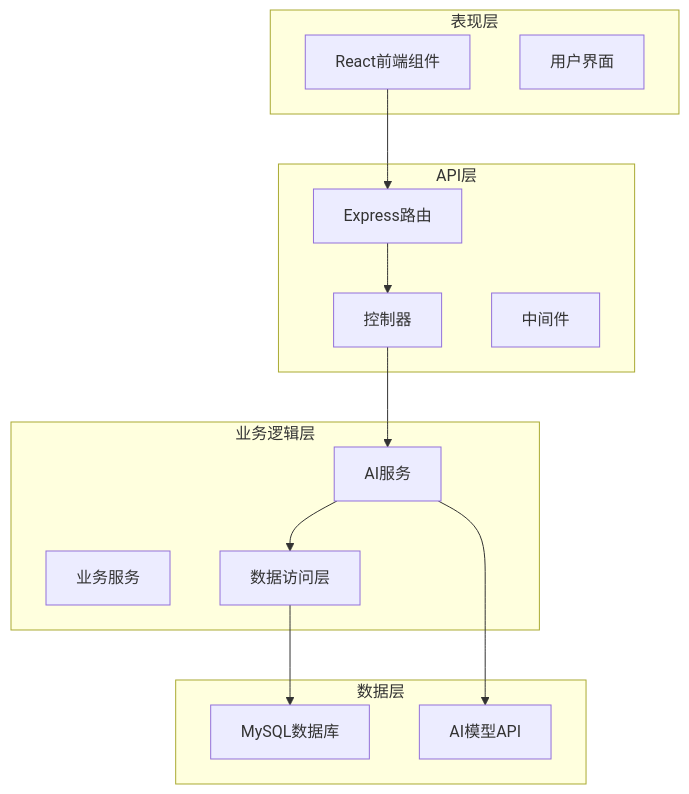
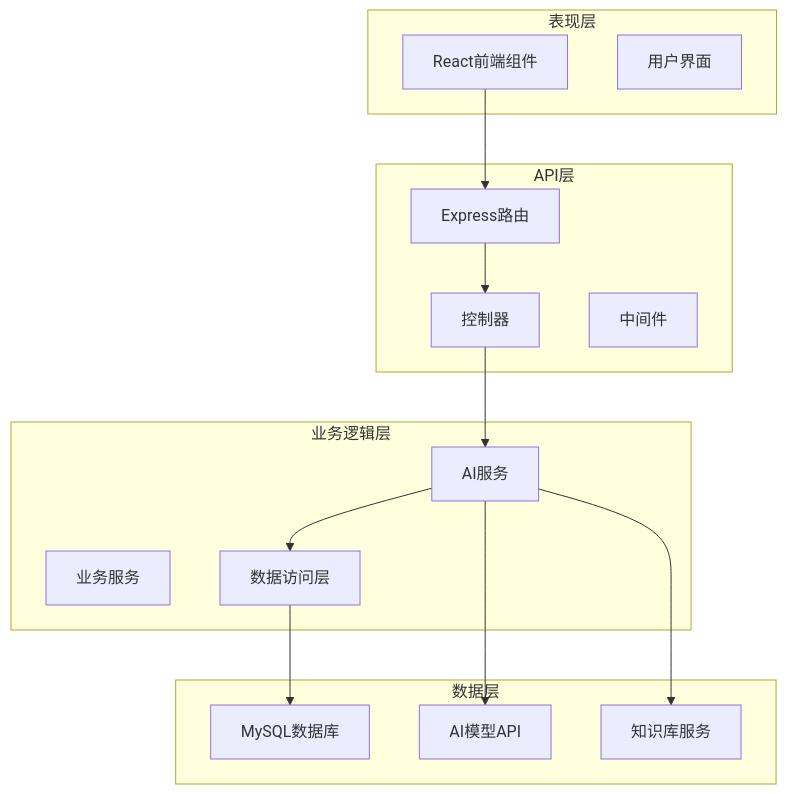
One commit to xianjianshenqu/SalesFlow-CRM changed the third of 14 diagrams in .qoder/repowiki/zh/content/AI服务.md. Above: the diagram before and after it, drawn with Mermaid. The commit also changed other lines of this file and 9 other files, not shown here.

````diff
--- a/.qoder/repowiki/zh/content/AI服务.md
+++ b/.qoder/repowiki/zh/content/AI服务.md
@@ -162,27 +186,29 @@
 ```mermaid
 graph TD
 subgraph "表现层"
 A[React前端组件]
 B[用户界面]
 end
 subgraph "API层"
 C[Express路由]
 D[控制器]
 E[中间件]
 end
 subgraph "业务逻辑层"
 F[AI服务]
 G[业务服务]
 H[数据访问层]
 end
 subgraph "数据层"
 I[MySQL数据库]
 J[AI模型API]
+K[知识库服务]
 end
 A --> C
 C --> D
 D --> F
 F --> H
 H --> I
 F --> J
+F --> K
 ```
````
